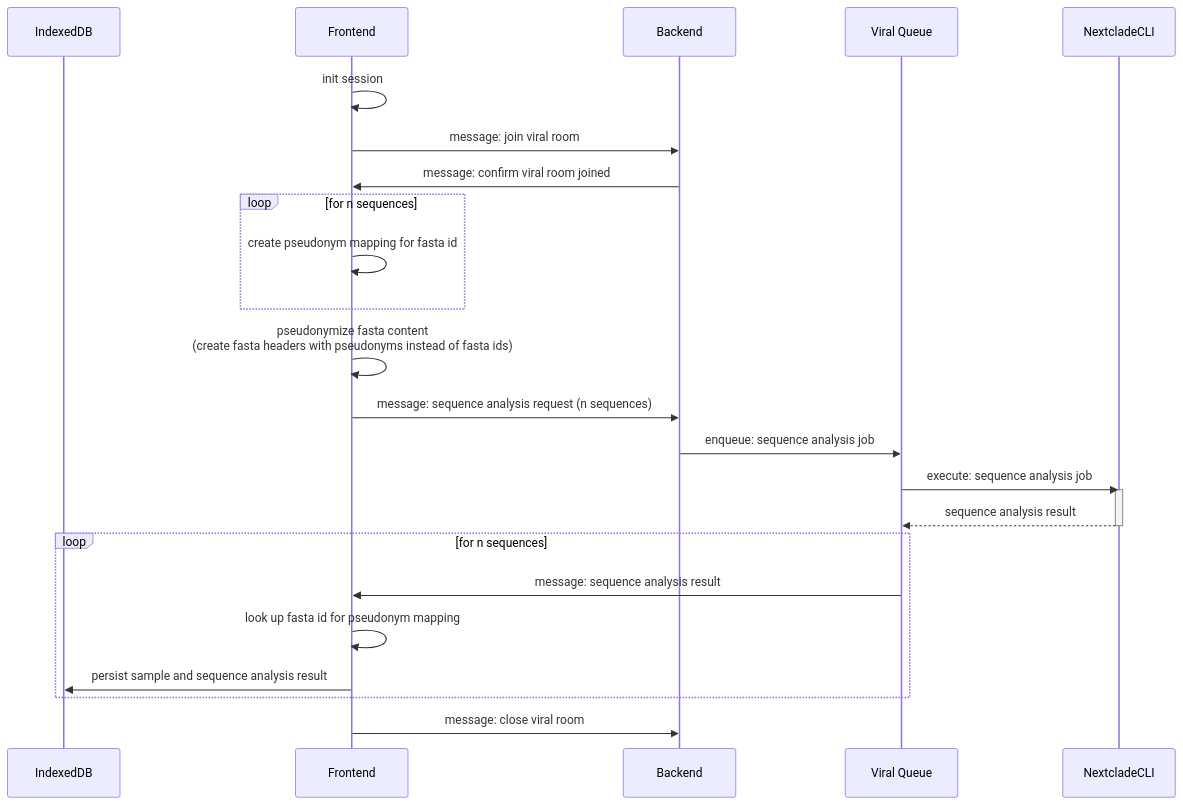
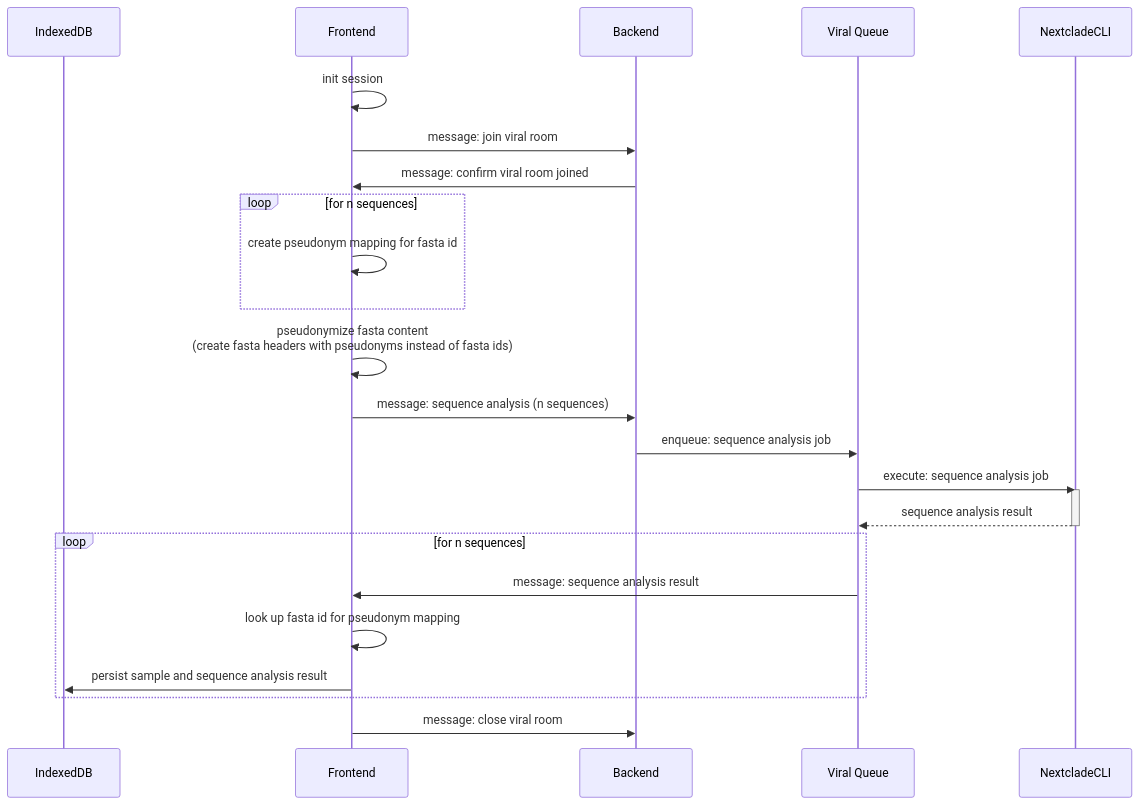
The first of 14 diagrams in documentation/docs/developers/genomic_operations.md (DiltheyLab/GENTRAIN), drawn with Mermaid before and after one commit. The commit also changed other lines of this file and 2 other files, not shown here.

````diff
--- a/documentation/docs/developers/genomic_operations.md
+++ b/documentation/docs/developers/genomic_operations.md
@@ -20,27 +20,27 @@
 ```mermaid
 sequenceDiagram
     participant IndexedDB
     participant Frontend
     participant Backend
     participant Viral Queue
     participant NextcladeCLI
     Frontend->>Frontend: init session
     Frontend->>Backend: message: join viral room
     Backend->>Frontend: message: confirm viral room joined
     loop for n sequences
         Frontend->>Frontend: create pseudonym mapping for fasta id
     end
     Frontend->>Frontend: pseudonymize fasta content<br/>(create fasta headers with pseudonyms instead of fasta ids)
-    Frontend->>Backend: message: sequence analysis request (n sequences)
+    Frontend->>Backend: message: sequence analysis (n sequences)
     Backend->>Viral Queue: enqueue: sequence analysis job
     Viral Queue->>NextcladeCLI: execute: sequence analysis job
     activate NextcladeCLI
     NextcladeCLI-->>Viral Queue: sequence analysis result
     deactivate NextcladeCLI
     loop for n sequences
         Viral Queue->>Frontend: message: sequence analysis result
         Frontend->>Frontend: look up fasta id for pseudonym mapping
         Frontend->>IndexedDB: persist sample and sequence analysis result
     end
     Frontend->>Backend: message: close viral room
 ```
````
